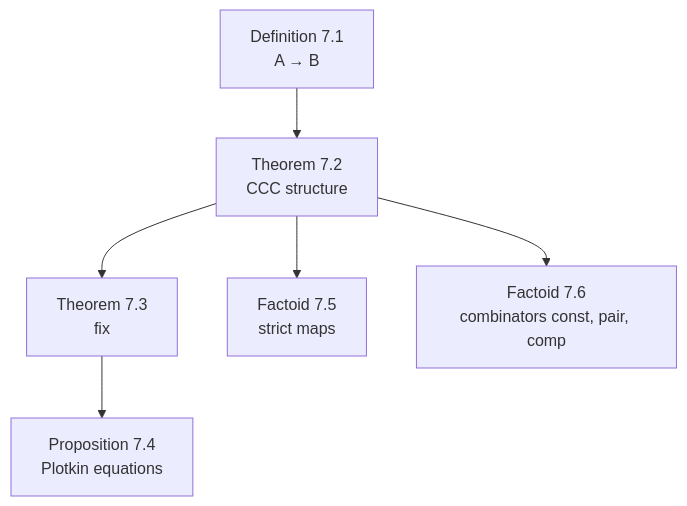
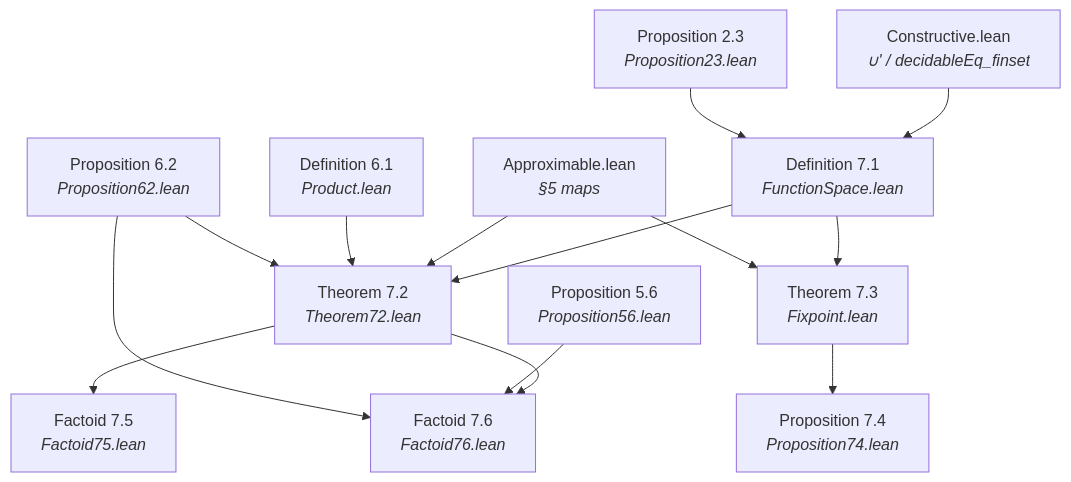
Before and after one commit to catskillsresearch/scott1982: the ninth of 10 diagrams in arxiv.md, drawn with Mermaid. The commit also changed other lines of this file and 3 other files, not shown here.

Commit message:
Formalize Definition 7.1 functionSystem and revise the §7 mermaid.

````diff
--- a/arxiv.md
+++ b/arxiv.md
@@ -521,12 +521,28 @@
 ```mermaid
 flowchart TD
-  D71["Definition 7.1<br/>A → B"]
-  T72["Theorem 7.2<br/>CCC structure"]
-  T73["Theorem 7.3<br/>fix"]
-  P74["Proposition 7.4<br/>Plotkin equations"]
-  F75["Factoid 7.5<br/>strict maps"]
-  F76["Factoid 7.6<br/>combinators const, pair, comp"]
-  D71 --> T72 --> T73 --> P74
+  C["Constructive.lean<br/><i>∪' / decidableEq_finset</i>"]
+  P23["Proposition 2.3<br/><i>Proposition23.lean</i>"]
+  Ap["Approximable.lean<br/><i>§5 maps</i>"]
+  D61["Definition 6.1<br/><i>Product.lean</i>"]
+  P62["Proposition 6.2<br/><i>Proposition62.lean</i>"]
+  P56["Proposition 5.6<br/><i>Proposition56.lean</i>"]
+  D71["Definition 7.1<br/><i>FunctionSpace.lean</i>"]
+  T72["Theorem 7.2<br/><i>Theorem72.lean</i>"]
+  T73["Theorem 7.3<br/><i>Fixpoint.lean</i>"]
+  P74["Proposition 7.4<br/><i>Proposition74.lean</i>"]
+  F75["Factoid 7.5<br/><i>Factoid75.lean</i>"]
+  F76["Factoid 7.6<br/><i>Factoid76.lean</i>"]
+  C --> D71
+  P23 --> D71
+  D71 --> T72
+  Ap --> T72
+  D61 --> T72
+  P62 --> T72
+  D71 --> T73
+  Ap --> T73
+  T73 --> P74
   T72 --> F75
   T72 --> F76
+  P56 --> F76
+  P62 --> F76
 ```
````
